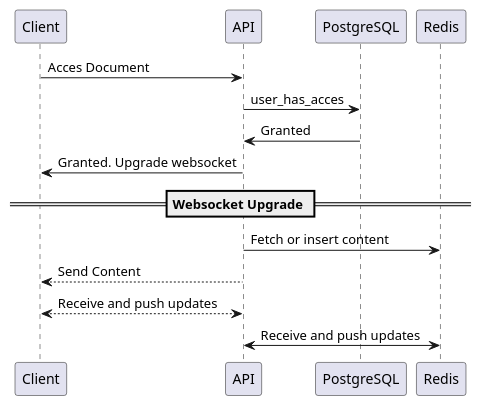
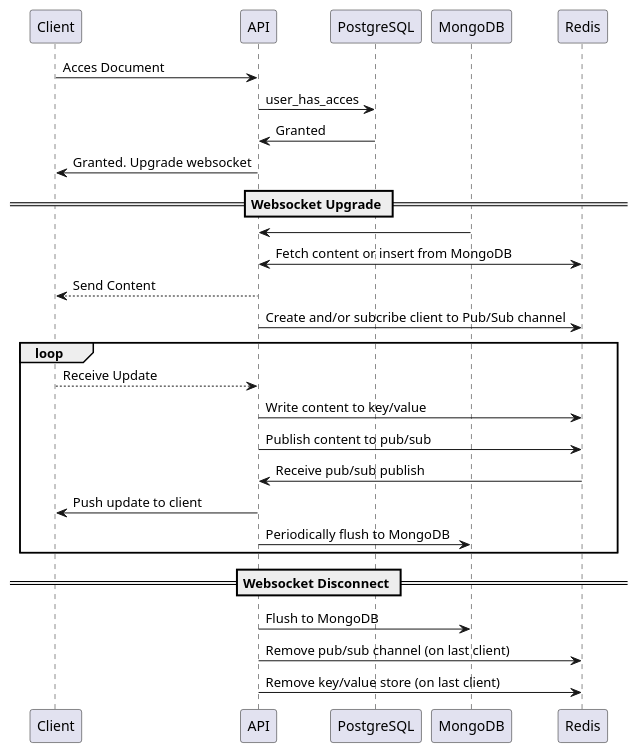
One commit to NatasjaVitoft/Database changed the diagram in docs/uml/access_doc_seq.puml. Above: the diagram before and after it, drawn with PlantUML. The commit also changed 1 other file, not shown here.

```diff
--- a/docs/uml/access_doc_seq.puml
+++ b/docs/uml/access_doc_seq.puml
@@ -2,11 +2,24 @@
 @startuml acces_doc_seq
 Client -> API: Acces Document
 API -> PostgreSQL: user_has_acces
 PostgreSQL -> API: Granted
 API -> Client: Granted. Upgrade websocket
 == Websocket Upgrade ==
-API -> Redis: Fetch or insert content
+API <- MongoDB 
+API <-> Redis: Fetch content or insert from MongoDB
 API --> Client: Send Content
-API <--> Client: Receive and push updates
-API <-> Redis: Receive and push updates
+API -> Redis: Create and/or subcribe client to Pub/Sub channel
+loop
+API <-- Client: Receive Update
+API -> Redis: Write content to key/value
+API -> Redis: Publish content to pub/sub
+API <- Redis: Receive pub/sub publish
+API -> Client: Push update to client
+API -> MongoDB: Periodically flush to MongoDB
+end
+== Websocket Disconnect ==
+API -> MongoDB: Flush to MongoDB
+API -> Redis: Remove pub/sub channel (on last client)
+API -> Redis: Remove key/value store (on last client)
+
 @enduml
```
